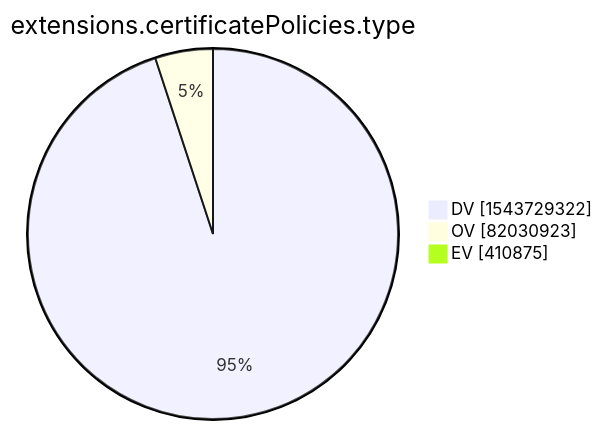
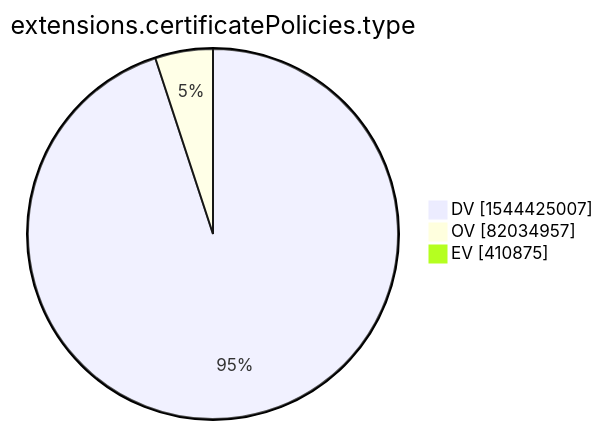
The tenth of 15 diagrams in xenon2022/README.md (christiankrug/ctmonitor_visualization), drawn with Mermaid before and after one commit. The commit also changed other lines of this file, not shown here.

````diff
--- a/xenon2022/README.md
+++ b/xenon2022/README.md
@@ -2876,7 +2876,7 @@
 ```mermaid
 pie showData
 title extensions.certificatePolicies.type
-"DV" :1543729322
-"OV" :82030923
+"DV" :1544425007
+"OV" :82034957
 "EV" :410875
 ```
````
